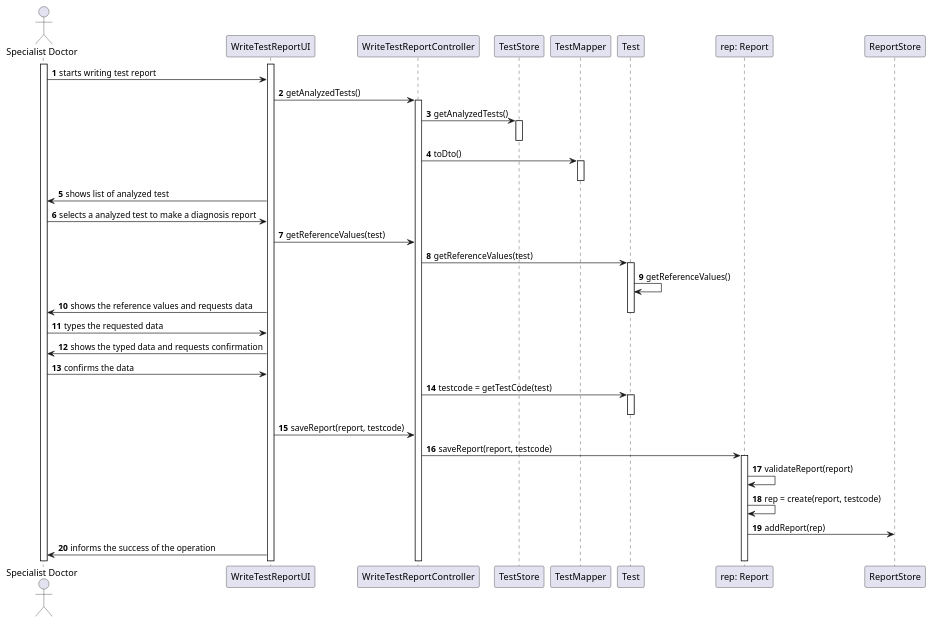
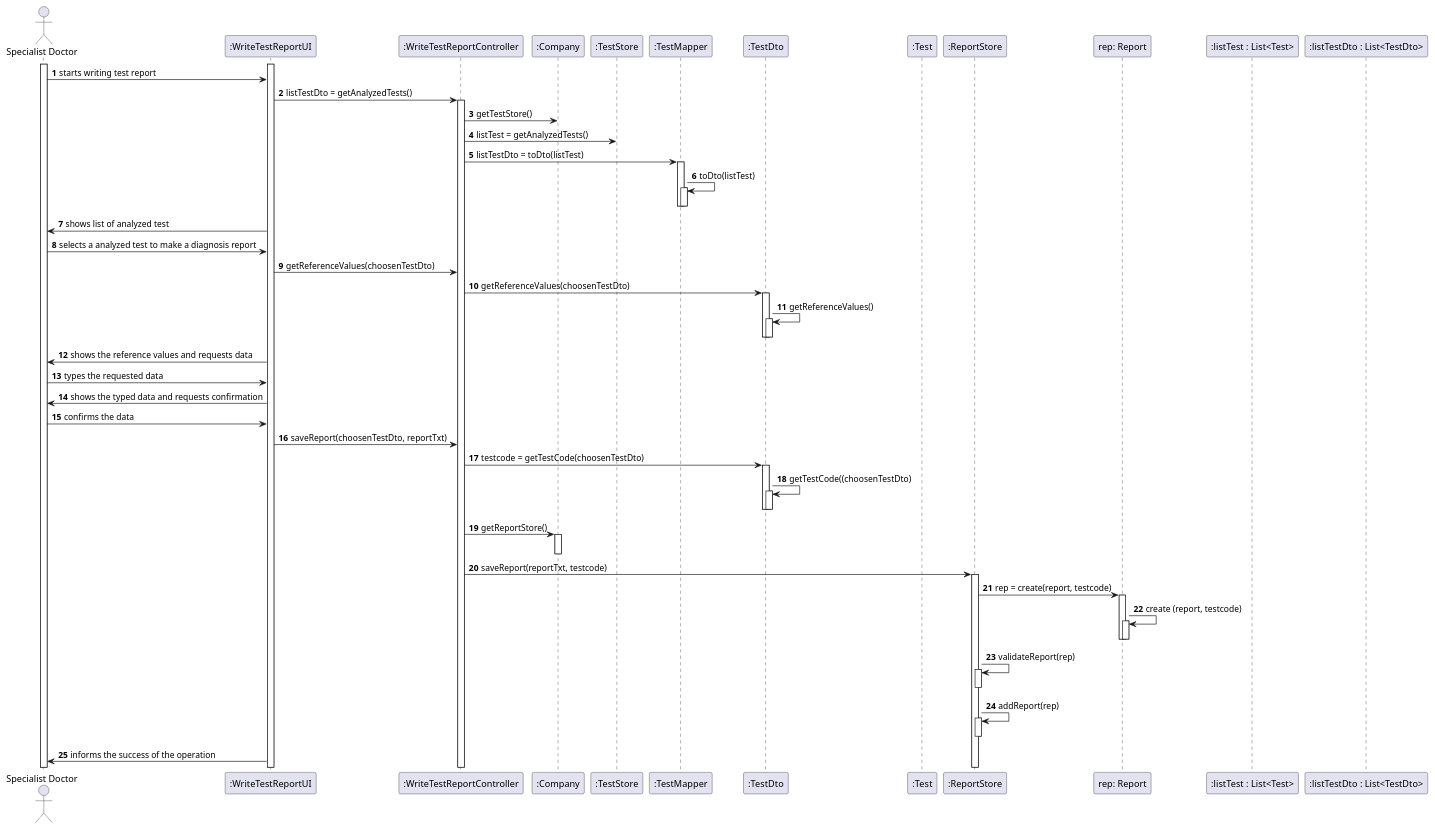
One commit to 0franciscor/lei-21-s2-1de-g19 changed the diagram in docs/SprintC/US14/US14_SD.puml. Above: the diagram before and after it, drawn with PlantUML. The commit also changed 1 other file, not shown here.

```diff
--- a/docs/SprintC/US14/US14_SD.puml
+++ b/docs/SprintC/US14/US14_SD.puml
@@ -1,40 +1,59 @@
 @startuml
 'https://plantuml.com/sequence-diagram
 
 autonumber
 actor "Specialist Doctor" as SD
 activate SD
-activate "WriteTestReportUI"
-SD -> "WriteTestReportUI" : starts writing test report
-"WriteTestReportUI" -> "WriteTestReportController" : getAnalyzedTests()
-activate "WriteTestReportController"
-"WriteTestReportController" -> "TestStore" : getAnalyzedTests()
-activate "TestStore"
-deactivate "TestStore"
-"WriteTestReportController" -> "TestMapper" : toDto()
-activate "TestMapper"
-deactivate "TestMapper"
-"WriteTestReportUI" -> SD : shows list of analyzed test
-SD -> "WriteTestReportUI" : selects a analyzed test to make a diagnosis report
-"WriteTestReportUI" -> "WriteTestReportController" : getReferenceValues(test)
-"WriteTestReportController" -> "Test" : getReferenceValues(test)
-activate "Test"
-"Test" -> "Test" : getReferenceValues()
-"WriteTestReportUI" -> SD : shows the reference values and requests data
-deactivate "Test"
-SD -> "WriteTestReportUI" : types the requested data
-"WriteTestReportUI" -> SD : shows the typed data and requests confirmation
-SD -> "WriteTestReportUI" :  confirms the data
-"WriteTestReportController" -> "Test" : testcode = getTestCode(test)
-activate "Test"
-deactivate "Test"
-"WriteTestReportUI" -> "WriteTestReportController" : saveReport(report, testcode)
-"WriteTestReportController" -> "rep: Report" : saveReport(report, testcode)
+activate ":WriteTestReportUI"
+SD -> ":WriteTestReportUI" : starts writing test report
+":WriteTestReportUI" -> ":WriteTestReportController" : listTestDto = getAnalyzedTests()
+activate ":WriteTestReportController"
+":WriteTestReportController" -> ":Company" : getTestStore()
+":WriteTestReportController" -> ":TestStore" : listTest = getAnalyzedTests()
+":WriteTestReportController" -> ":TestMapper" : listTestDto = toDto(listTest)
+activate ":TestMapper"
+":TestMapper" -> ":TestMapper" ++ : toDto(listTest)
+deactivate ":TestMapper"
+
+deactivate ":TestMapper"
+":WriteTestReportUI" -> SD : shows list of analyzed test
+SD -> ":WriteTestReportUI" : selects a analyzed test to make a diagnosis report
+":WriteTestReportUI" -> ":WriteTestReportController" : getReferenceValues(choosenTestDto)
+":WriteTestReportController" -> ":TestDto" : getReferenceValues(choosenTestDto)
+activate ":TestDto"
+":TestDto" -> ":TestDto" ++ : getReferenceValues()
+deactivate ":TestDto"
+
+deactivate ":TestDto"
+":WriteTestReportUI" -> SD : shows the reference values and requests data
+deactivate ":Test"
+SD -> ":WriteTestReportUI" : types the requested data
+":WriteTestReportUI" -> SD : shows the typed data and requests confirmation
+SD -> ":WriteTestReportUI" :  confirms the data
+
+":WriteTestReportUI" -> ":WriteTestReportController" : saveReport(choosenTestDto, reportTxt)
+":WriteTestReportController" -> ":TestDto" ++ : testcode = getTestCode(choosenTestDto)
+":TestDto" -> ":TestDto" : getTestCode((choosenTestDto)
+activate ":TestDto"
+deactivate ":TestDto"
+deactivate ":TestDto"
+
+":WriteTestReportController" -> ":Company" : getReportStore()
+activate ":Company"
+deactivate ":Company"
+":WriteTestReportController" -> ":ReportStore" : saveReport(reportTxt, testcode)
+
+activate ":ReportStore"
+":ReportStore" -> "rep: Report" : rep = create(report, testcode)
 activate "rep: Report"
-"rep: Report" -> "rep: Report" : validateReport(report)
-"rep: Report" -> "rep: Report" : rep = create(report, testcode)
-"rep: Report" -> "ReportStore" : addReport(rep)
-"WriteTestReportUI" -> SD : informs the success of the operation
-
-
+"rep: Report" -> "rep: Report" ++ : create (report, testcode)
+deactivate "rep: Report"
+deactivate "rep: Report"
+":ReportStore" -> ":ReportStore" ++ : validateReport(rep)
+deactivate
+":ReportStore" -> ":ReportStore" ++ : addReport(rep)
+deactivate ":ReportStore"
+":WriteTestReportUI" -> SD : informs the success of the operation
+participant ":listTest : List<Test>"
+participant ":listTestDto : List<TestDto>"
 @enduml
```
